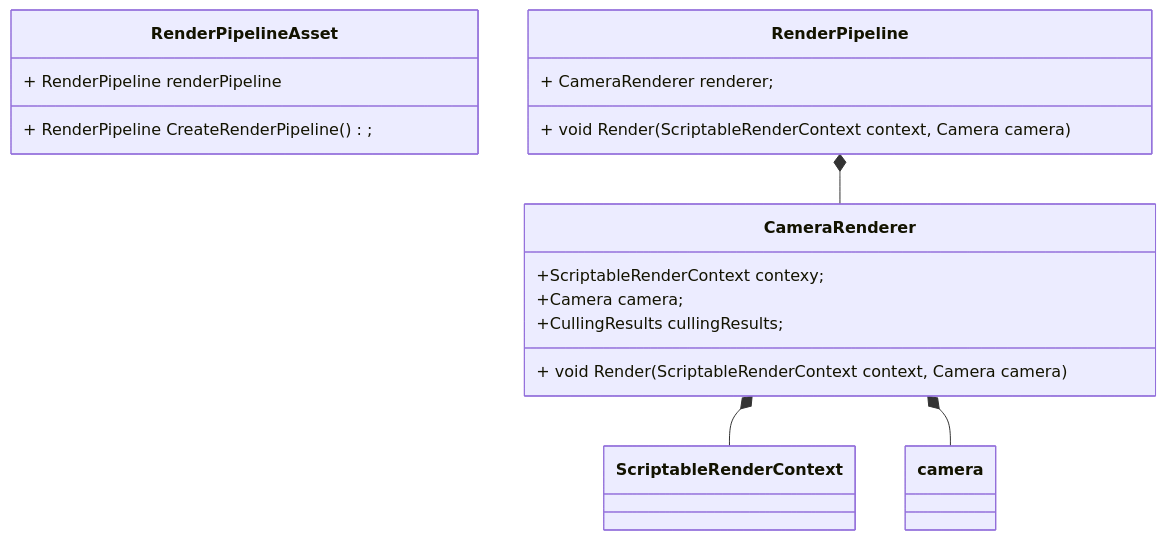
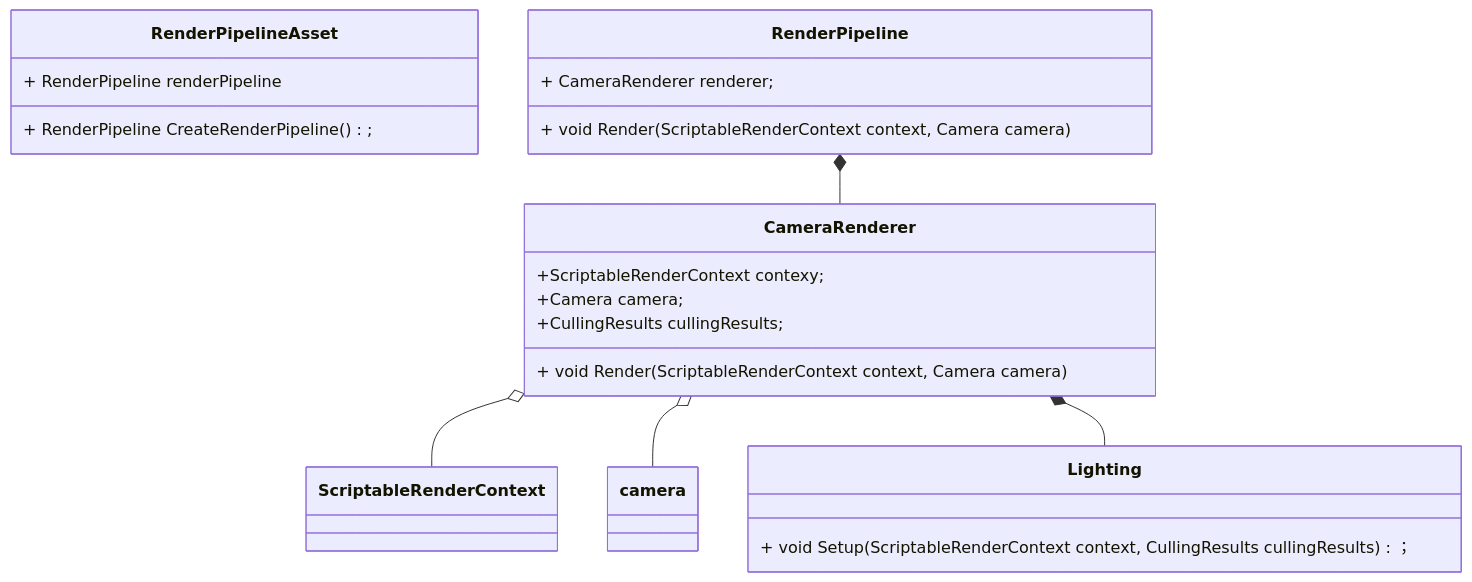
The diagram in CustomRenderPipeline.md (sherererlock/ScripteRenderPipeline), drawn with Mermaid before and after one commit. The commit also changed other lines of this file and 24 other files, not shown here.

````diff
--- a/CustomRenderPipeline.md
+++ b/CustomRenderPipeline.md
@@ -3,24 +3,28 @@
 ```mermaid
 classDiagram
 class RenderPipelineAsset{
 	+ RenderPipeline renderPipeline
 	+ RenderPipeline CreateRenderPipeline();
 }
 
 class RenderPipeline{
 	+ CameraRenderer renderer;
 	+ void Render (ScriptableRenderContext context, Camera camera)
 }
 
 class CameraRenderer{
 	+ScriptableRenderContext contexy;
 	+Camera camera;
     +CullingResults cullingResults;
-    
     + void Render (ScriptableRenderContext context, Camera camera)
 }
 
+class Lighting{
+	+ void Setup(ScriptableRenderContext context, CullingResults cullingResults)；
+}
+
 RenderPipeline *-- CameraRenderer
-CameraRenderer *-- ScriptableRenderContext
-CameraRenderer *-- camera
+CameraRenderer o-- ScriptableRenderContext
+CameraRenderer o-- camera
+CameraRenderer *-- Lighting
 ```
````
